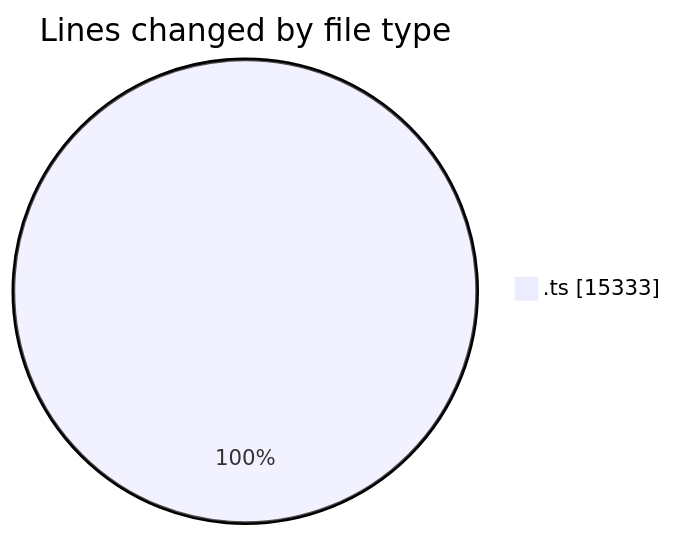
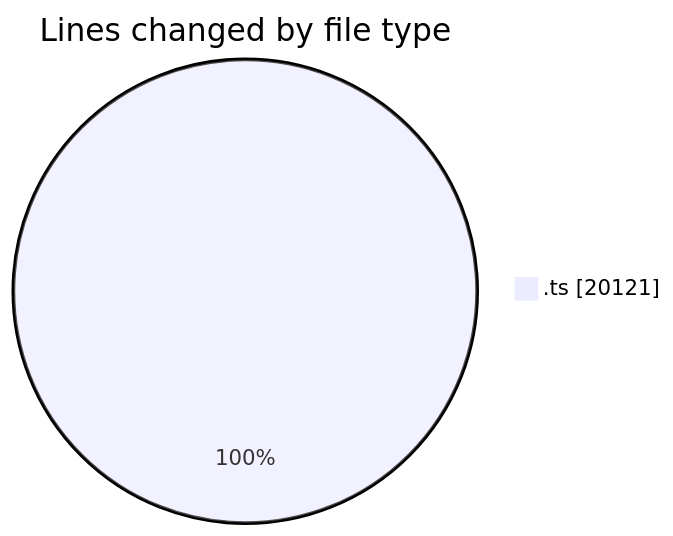
The first of 2 diagrams in 2025-09-09/cda/README.md (momahboobian/code-tracking), drawn with Mermaid before and after one commit. The commit also changed other lines of this file and 1 other file, not shown here.

````diff
--- a/2025-09-09/cda/README.md
+++ b/2025-09-09/cda/README.md
@@ -37,5 +50,5 @@
 ```mermaid
 pie showData
 title Lines changed by file type
-".ts" : 15333
+".ts" : 20121
 ```
````
